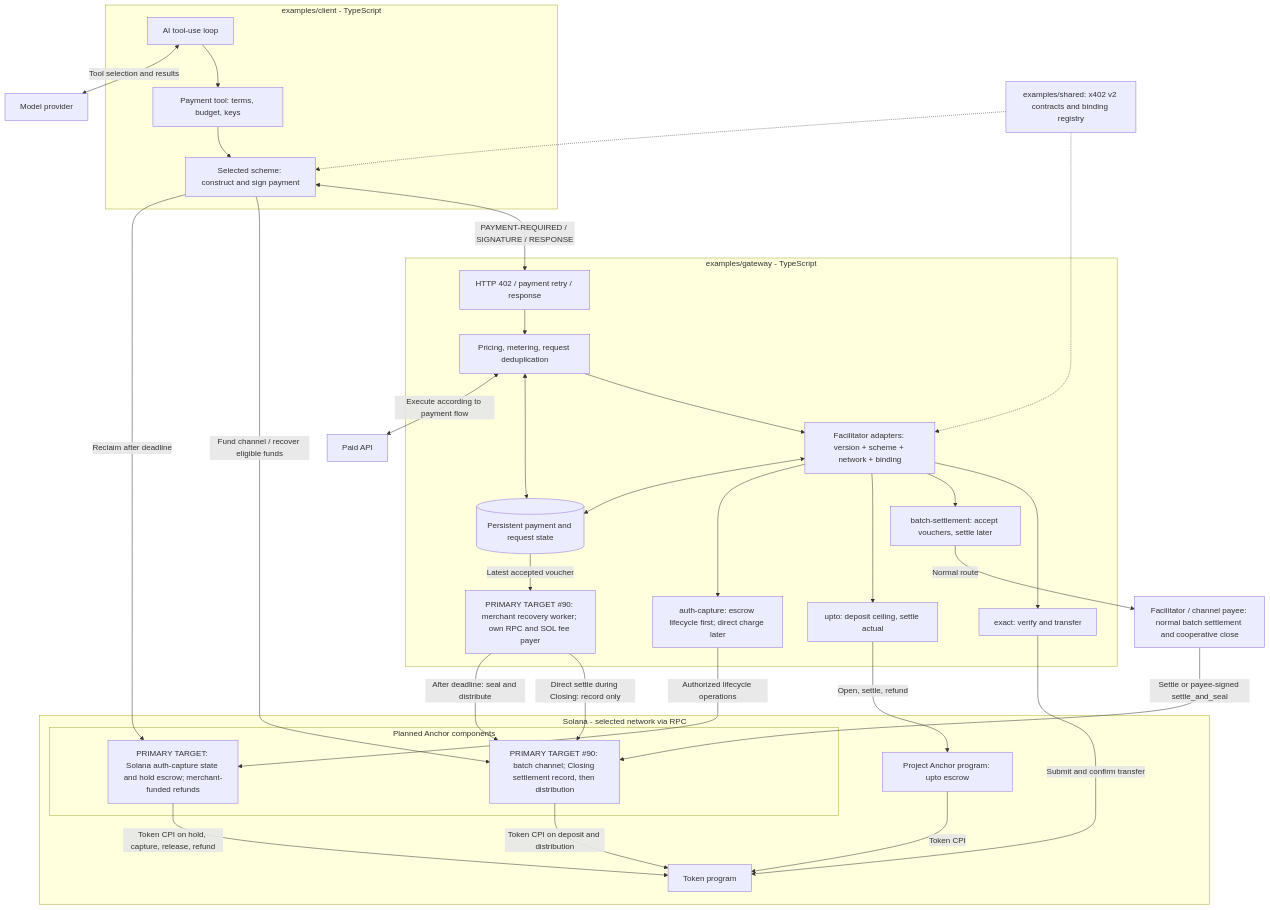
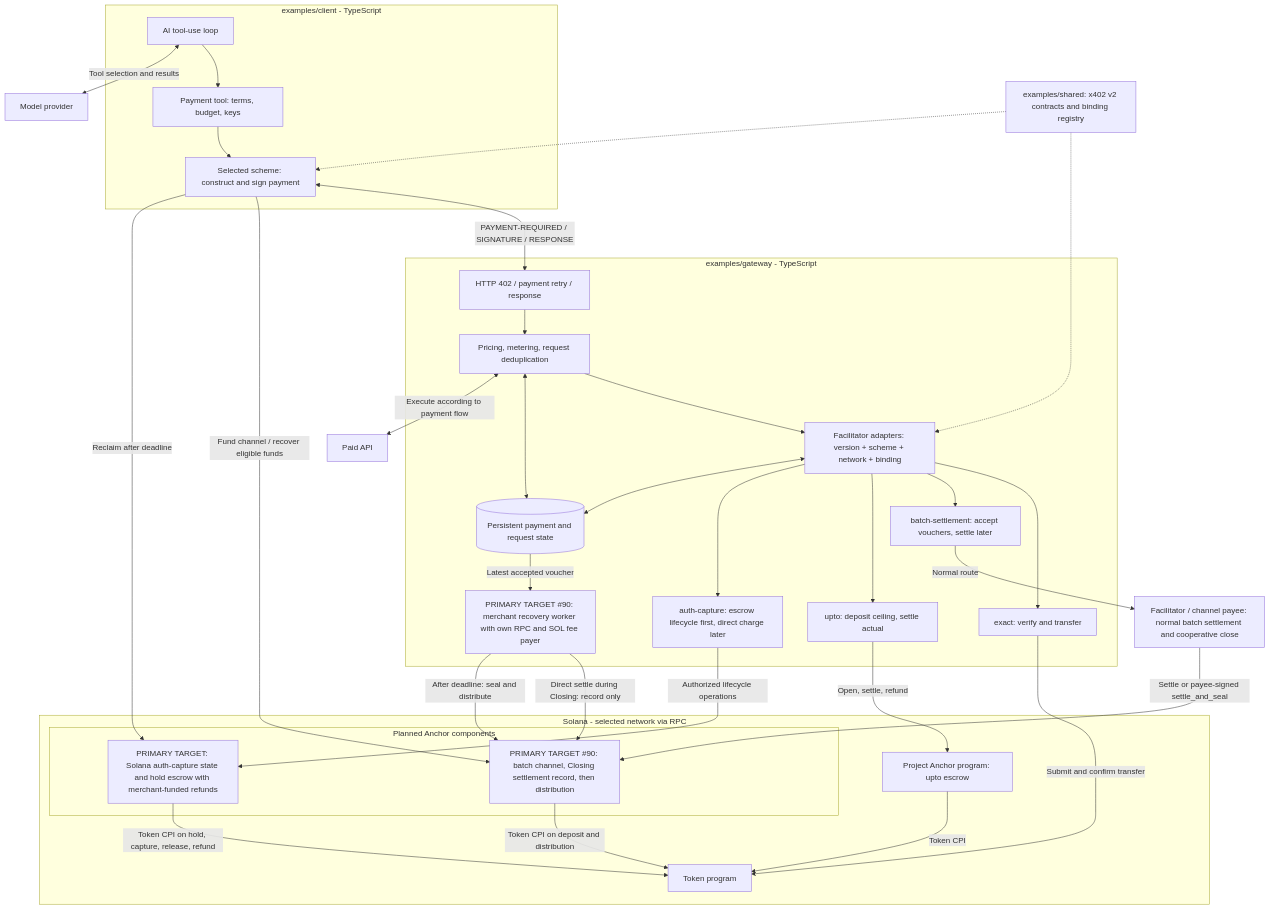
The first of 5 diagrams in docs/ARCHITECTURE.md (init-ikuya/x402-solana-demo), drawn with Mermaid before and after one commit. The commit also changed other lines of this file and 3 other files, not shown here.

Commit message:
Fix Mermaid diagram text parsing

````diff
--- a/docs/ARCHITECTURE.md
+++ b/docs/ARCHITECTURE.md
@@ -68,57 +68,57 @@
 ```mermaid
 flowchart TB
     subgraph Client["examples/client - TypeScript"]
         Agent["AI tool-use loop"]
         Tool["Payment tool: terms, budget, keys"]
         Builder["Selected scheme: construct and sign payment"]
         Agent --> Tool --> Builder
     end
     Model["Model provider"]
     Agent <-->|Tool selection and results| Model
     Shared["examples/shared: x402 v2 contracts and binding registry"]
     Shared -.-> Builder
     subgraph Server["examples/gateway - TypeScript"]
         HTTP["HTTP 402 / payment retry / response"]
         Coordinator["Pricing, metering, request deduplication"]
         Router["Facilitator adapters: version + scheme + network + binding"]
         Exact["exact: verify and transfer"]
         Batch["batch-settlement: accept vouchers, settle later"]
         Upto["upto: deposit ceiling, settle actual"]
-        Capture["auth-capture: escrow lifecycle first; direct charge later"]
+        Capture["auth-capture: escrow lifecycle first, direct charge later"]
         Store[("Persistent payment and request state")]
-        Recovery["PRIMARY TARGET #90: merchant recovery worker; own RPC and SOL fee payer"]
+        Recovery["PRIMARY TARGET #90: merchant recovery worker with own RPC and SOL fee payer"]
         HTTP --> Coordinator --> Router
         Router --> Exact
         Router --> Batch
         Router --> Upto
         Router --> Capture
         Coordinator <--> Store
         Router <--> Store
         Store -->|Latest accepted voucher| Recovery
     end
     Builder <-->|PAYMENT-REQUIRED / SIGNATURE / RESPONSE| HTTP
     Shared -.-> Router
     API["Paid API"]
     Facilitator["Facilitator / channel payee: normal batch settlement and cooperative close"]
     Coordinator <-->|Execute according to payment flow| API
     subgraph Chain["Solana - selected network via RPC"]
         Token["Token program"]
         UptoProgram["Project Anchor program: upto escrow"]
         subgraph Custom["Planned Anchor components"]
-            Channel["PRIMARY TARGET #90: batch channel; Closing settlement record, then distribution"]
-            Hold["PRIMARY TARGET: Solana auth-capture state and hold escrow; merchant-funded refunds"]
+            Channel["PRIMARY TARGET #90: batch channel, Closing settlement record, then distribution"]
+            Hold["PRIMARY TARGET: Solana auth-capture state and hold escrow with merchant-funded refunds"]
         end
         UptoProgram -->|Token CPI| Token
         Channel -->|Token CPI on deposit and distribution| Token
         Hold -->|Token CPI on hold, capture, release, refund| Token
     end
     Exact -->|Submit and confirm transfer| Token
     Batch -->|Normal route| Facilitator
     Facilitator -->|Settle or payee-signed settle_and_seal| Channel
     Recovery -->|Direct settle during Closing: record only| Channel
     Recovery -->|After deadline: seal and distribute| Channel
     Upto -->|Open, settle, refund| UptoProgram
     Capture -->|Authorized lifecycle operations| Hold
     Builder -->|Fund channel / recover eligible funds| Channel
     Builder -->|Reclaim after deadline| Hold
 ```
````
